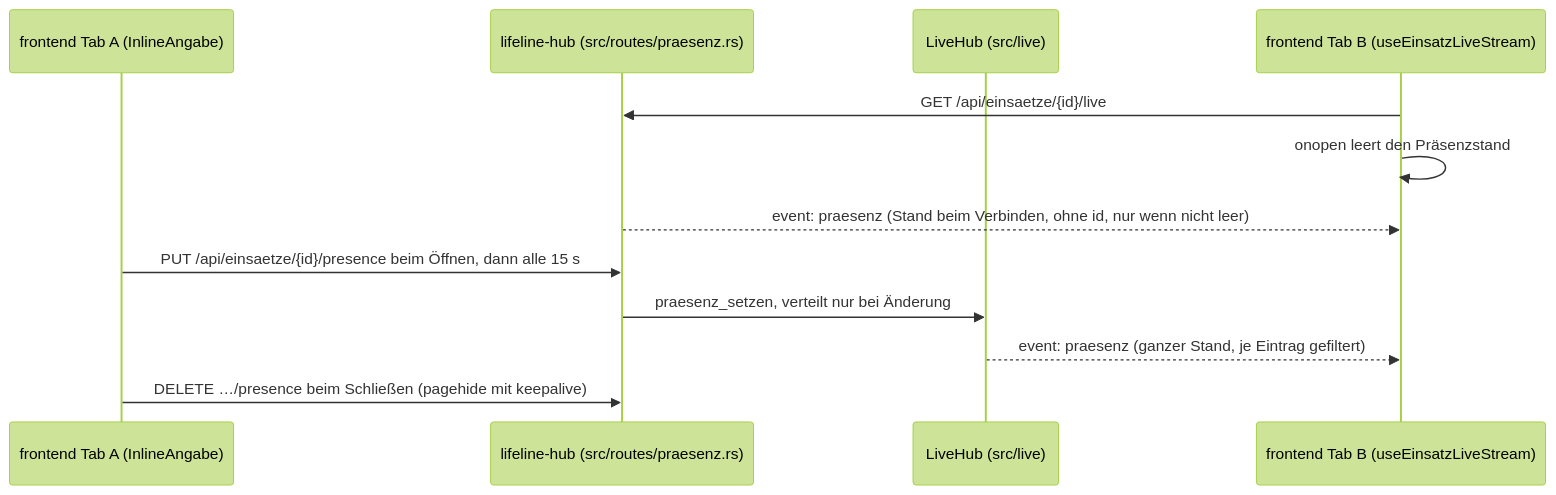
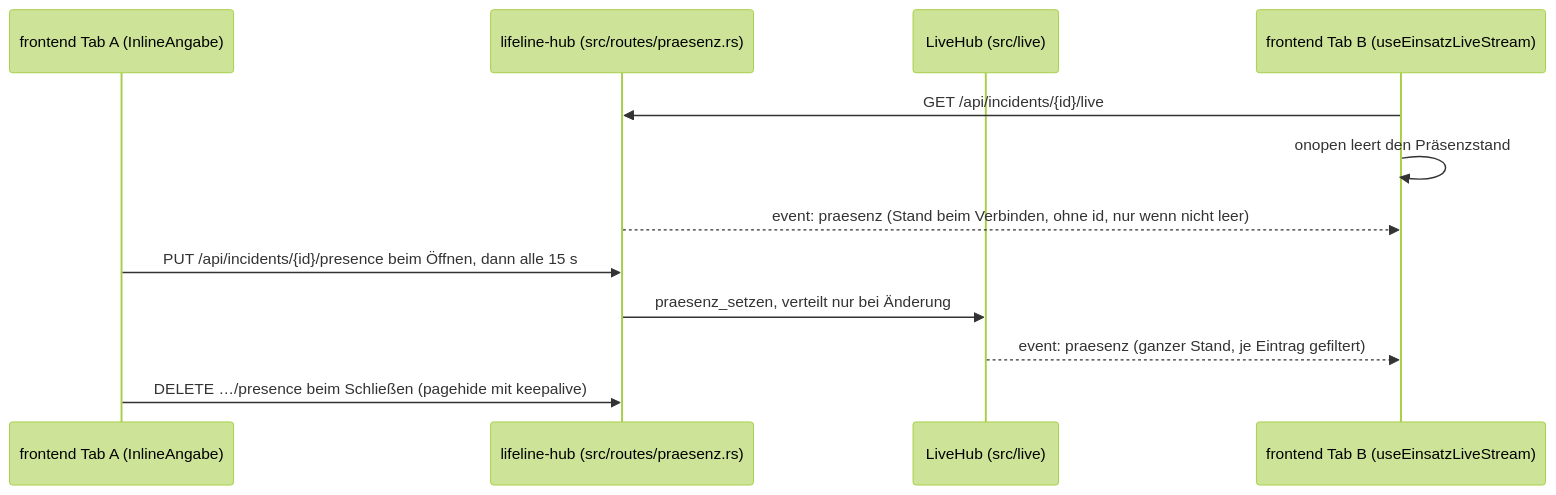
The fourth of 19 diagrams in docs/architektur/06-laufzeitsicht.md (rubenvitt/lifeline-hub), drawn with Mermaid (forest theme) before and after one commit. The commit also changed other lines of this file and 1137 other files, not shown here.

First line of the commit message:
refactor: Präfix /api/einsaetze heißt /api/incidents (LLH-2061)

````diff
--- a/docs/architektur/06-laufzeitsicht.md
+++ b/docs/architektur/06-laufzeitsicht.md
@@ -147,14 +147,14 @@
 ```mermaid
 sequenceDiagram
   participant A as frontend Tab A (InlineAngabe)
   participant BE as lifeline-hub (src/routes/praesenz.rs)
   participant Hub as LiveHub (src/live)
   participant B as frontend Tab B (useEinsatzLiveStream)
-  B->>BE: GET /api/einsaetze/{id}/live
+  B->>BE: GET /api/incidents/{id}/live
   B->>B: onopen leert den Präsenzstand
   BE-->>B: event: praesenz (Stand beim Verbinden, ohne id, nur wenn nicht leer)
-  A->>BE: PUT /api/einsaetze/{id}/presence beim Öffnen, dann alle 15 s
+  A->>BE: PUT /api/incidents/{id}/presence beim Öffnen, dann alle 15 s
   BE->>Hub: praesenz_setzen, verteilt nur bei Änderung
   Hub-->>B: event: praesenz (ganzer Stand, je Eintrag gefiltert)
   A->>BE: DELETE …/presence beim Schließen (pagehide mit keepalive)
 ```
````
